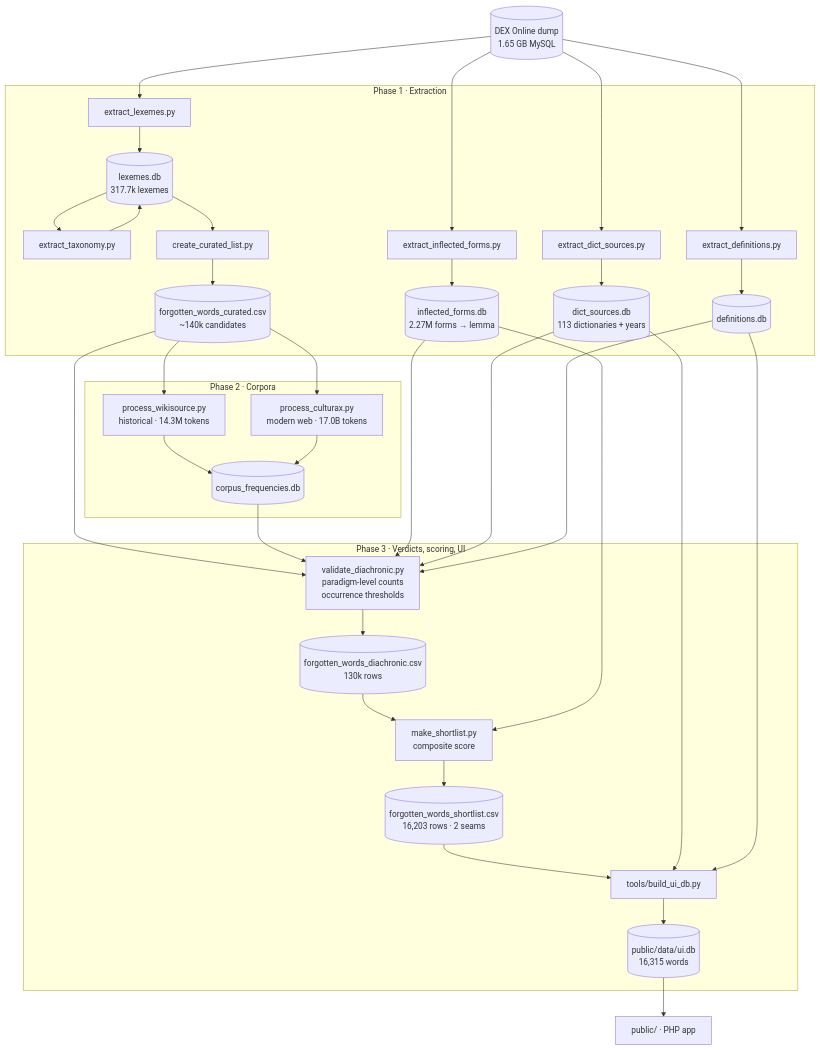
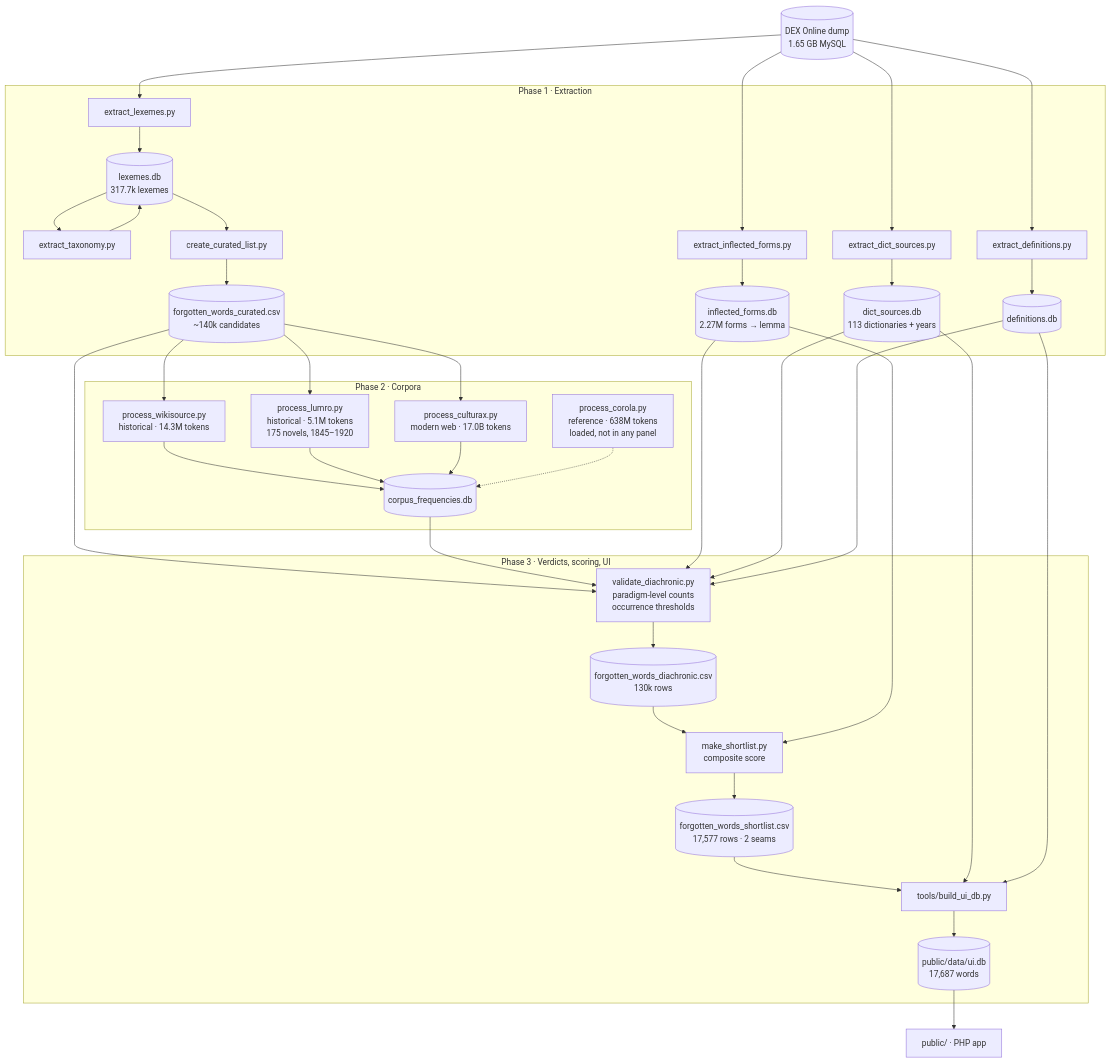
The first of 2 diagrams in readme.md (gov2-ro/otzios), drawn with Mermaid before and after one commit. The commit also changed other lines of this file, not shown here.

First line of the commit message:
docs(readme): refresh the pipeline diagram and figures for the corpus panel

````diff
--- a/readme.md
+++ b/readme.md
@@ -29,39 +29,41 @@
 ```mermaid
 flowchart TD
     DEX[("DEX Online dump<br/>1.65 GB MySQL")]
 
     subgraph P1["Phase 1 · Extraction"]
         C["extract_lexemes.py"] --> D[("lexemes.db<br/>317.7k lexemes")]
         D --> TAX["extract_taxonomy.py"] --> D
         IF["extract_inflected_forms.py"] --> IFDB[("inflected_forms.db<br/>2.27M forms → lemma")]
         DS["extract_dict_sources.py"] --> DSDB[("dict_sources.db<br/>113 dictionaries + years")]
         DEFS["extract_definitions.py"] --> DEFDB[("definitions.db")]
         D --> G["create_curated_list.py"] --> H[("forgotten_words_curated.csv<br/>~140k candidates")]
     end
 
     subgraph P2["Phase 2 · Corpora"]
         WS["process_wikisource.py<br/>historical · 14.3M tokens"]
+        LU["process_lumro.py<br/>historical · 5.1M tokens<br/>175 novels, 1845–1920"]
         CX["process_culturax.py<br/>modern web · 17.0B tokens"]
-        WS & CX --> CORP[("corpus_frequencies.db")]
+        WS & LU & CX --> CORP[("corpus_frequencies.db")]
+        CO["process_corola.py<br/>reference · 638M tokens<br/>loaded, not in any panel"] -.-> CORP
     end
 
     subgraph P3["Phase 3 · Verdicts, scoring, UI"]
         DIA["validate_diachronic.py<br/>paradigm-level counts<br/>occurrence thresholds"]
         DIA --> DIA_OUT[("forgotten_words_diachronic.csv<br/>130k rows")]
         DIA_OUT --> SL["make_shortlist.py<br/>composite score"]
-        SL --> SL_OUT[("forgotten_words_shortlist.csv<br/>16,203 rows · 2 seams")]
-        SL_OUT --> UI["tools/build_ui_db.py"] --> UIDB[("public/data/ui.db<br/>16,315 words")]
+        SL --> SL_OUT[("forgotten_words_shortlist.csv<br/>17,577 rows · 2 seams")]
+        SL_OUT --> UI["tools/build_ui_db.py"] --> UIDB[("public/data/ui.db<br/>17,687 words")]
     end
 
     DEX --> C & IF & DS & DEFS
-    H --> WS & CX
+    H --> WS & LU & CX
     H --> DIA
     CORP --> DIA
     IFDB --> DIA
     DSDB --> DIA
     DEFDB --> DIA
     IFDB --> SL
     DSDB --> UI
     DEFDB --> UI
     UIDB --> PHP["public/ · PHP app"]
 ```
````
